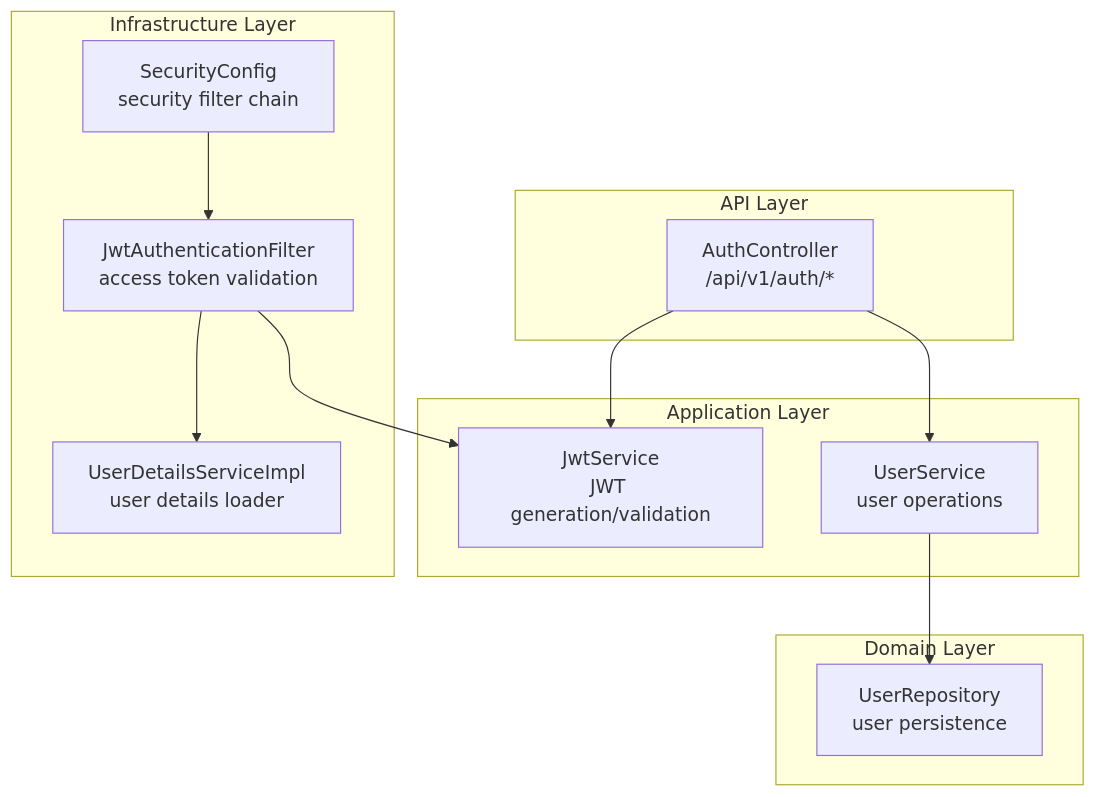
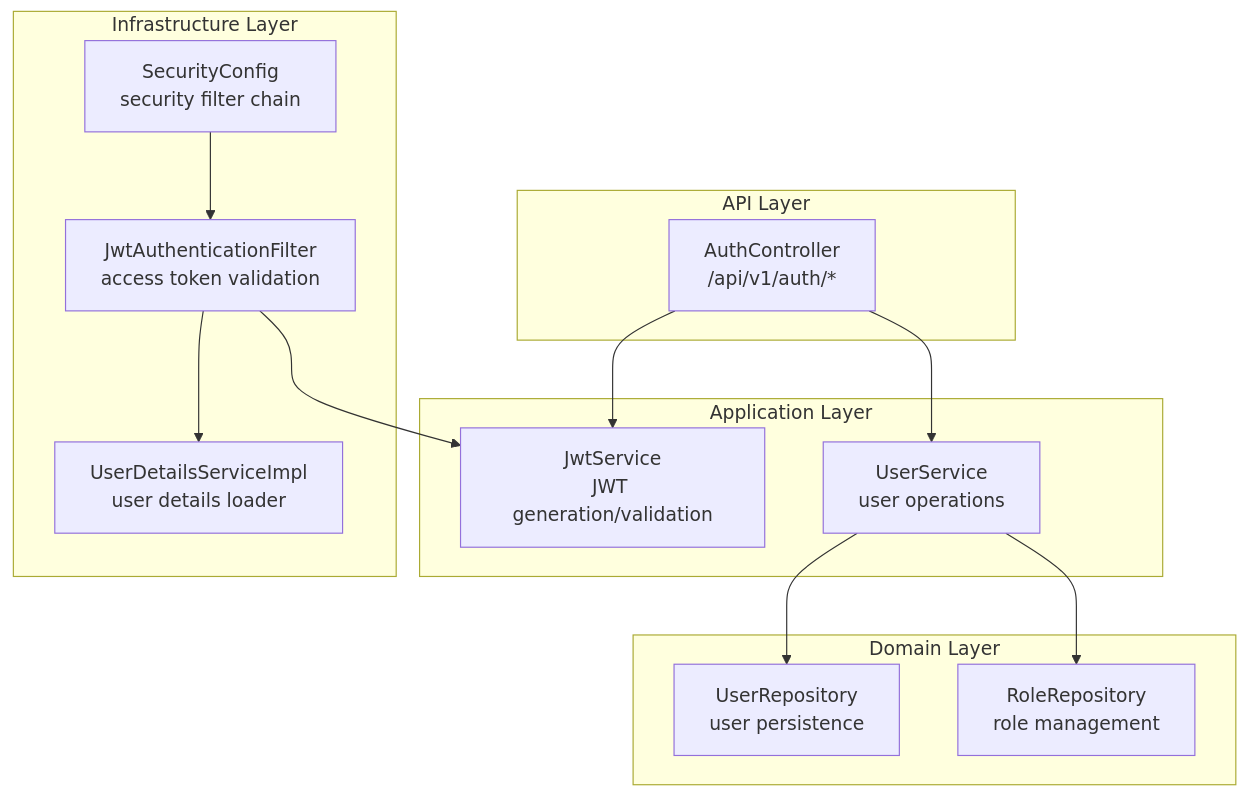
The first of 6 diagrams in .qoder/repowiki/en/content/Backend Modules/API Layer/Authentication Controller.md (Vostrikov2014/vks-qoder), drawn with Mermaid before and after one commit. The commit also changed other lines of this file and 11 other files, not shown here.

````diff
--- a/.qoder/repowiki/en/content/Backend Modules/API Layer/Authentication Controller.md
+++ b/.qoder/repowiki/en/content/Backend Modules/API Layer/Authentication Controller.md
@@ -39,24 +49,26 @@
 ```mermaid
 graph TB
 subgraph "API Layer"
 AC["AuthController<br/>/api/v1/auth/*"]
 end
 subgraph "Application Layer"
 JS["JwtService<br/>JWT generation/validation"]
 US["UserService<br/>user operations"]
 end
 subgraph "Infrastructure Layer"
 SC["SecurityConfig<br/>security filter chain"]
 JAF["JwtAuthenticationFilter<br/>access token validation"]
 UDS["UserDetailsServiceImpl<br/>user details loader"]
 end
 subgraph "Domain Layer"
 UR["UserRepository<br/>user persistence"]
+RL["RoleRepository<br/>role management"]
 end
 AC --> US
 AC --> JS
 US --> UR
+US --> RL
 SC --> JAF
 JAF --> JS
 JAF --> UDS
 ```
````
